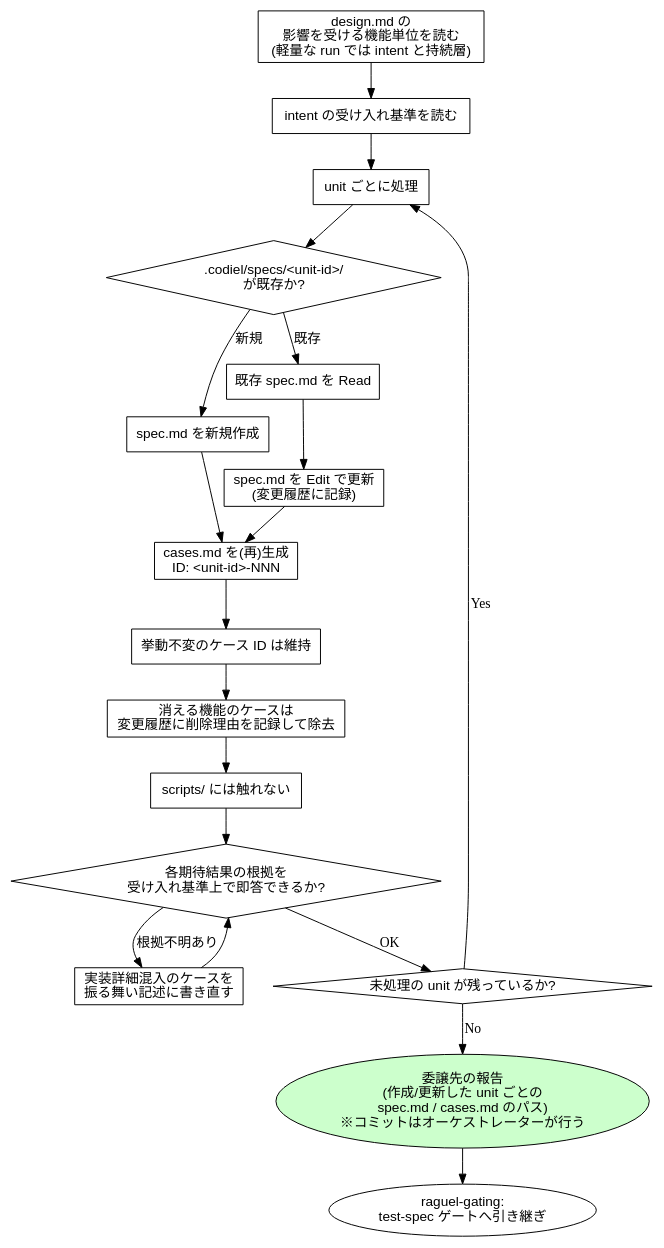
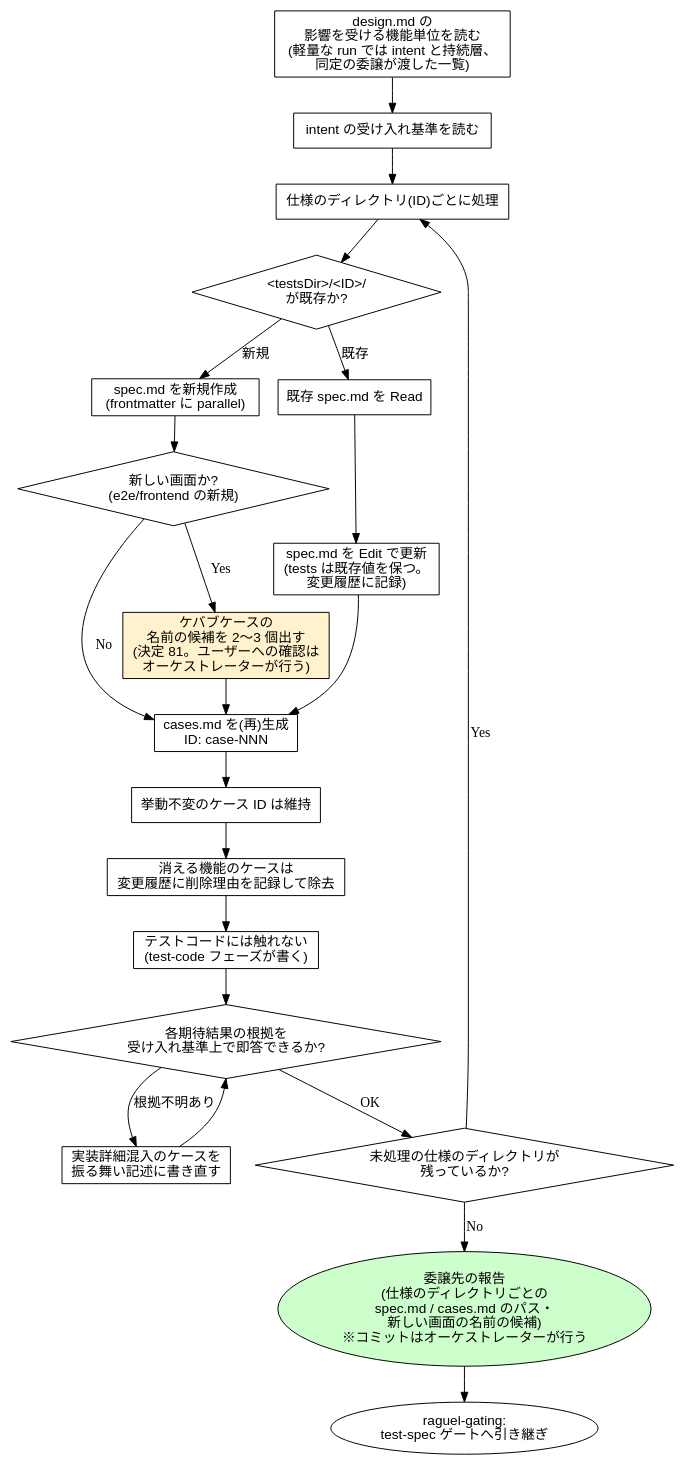
The fourth of 15 diagrams in plugins/codiel/docs/skill-flowcharts.md (Amatsuka-kobo/amatsuka-claude-plugins), drawn with Graphviz before and after one commit. The commit also changed other lines of this file and 66 other files, not shown here.

````diff
--- a/plugins/codiel/docs/skill-flowcharts.md
+++ b/plugins/codiel/docs/skill-flowcharts.md
@@ -106,37 +106,42 @@
 ```dot
 digraph writing_test_specs {
   rankdir=TB;
   node [fontname="sans-serif"];
 
-  read_design [label="design.md の\n影響を受ける機能単位を読む\n(軽量な run では intent と持続層)", shape=box];
+  read_design [label="design.md の\n影響を受ける機能単位を読む\n(軽量な run では intent と持続層、\n同定の委譲が渡した一覧)", shape=box];
   read_criteria [label="intent の受け入れ基準を読む", shape=box];
-  for_each_unit [label="unit ごとに処理", shape=box];
-  exists [label=".codiel/specs/<unit-id>/\nが既存か?", shape=diamond];
-  create_spec [label="spec.md を新規作成", shape=box];
+  for_each_unit [label="仕様のディレクトリ(ID)ごとに処理", shape=box];
+  exists [label="<testsDir>/<ID>/\nが既存か?", shape=diamond];
+  create_spec [label="spec.md を新規作成\n(frontmatter に parallel)", shape=box];
   read_spec [label="既存 spec.md を Read", shape=box];
-  update_spec [label="spec.md を Edit で更新\n(変更履歴に記録)", shape=box];
-  gen_cases [label="cases.md を(再)生成\nID: <unit-id>-NNN", shape=box];
+  update_spec [label="spec.md を Edit で更新\n(tests は既存値を保つ。\n変更履歴に記録)", shape=box];
+  gen_cases [label="cases.md を(再)生成\nID: case-NNN", shape=box];
   keep_id [label="挙動不変のケース ID は維持", shape=box];
   removed [label="消える機能のケースは\n変更履歴に削除理由を記録して除去", shape=box];
-  no_scripts [label="scripts/ には触れない", shape=box];
+  no_code [label="テストコードには触れない\n(test-code フェーズが書く)", shape=box];
+  new_screen [label="新しい画面か?\n(e2e/frontend の新規)", shape=diamond];
+  candidates [label="ケバブケースの\n名前の候補を 2〜3 個出す\n(決定 81。ユーザーへの確認は\nオーケストレーターが行う)", shape=box, style=filled, fillcolor="#fff2cc"];
   selfcheck [label="各期待結果の根拠を\n受け入れ基準上で即答できるか?", shape=diamond];
   fix [label="実装詳細混入のケースを\n振る舞い記述に書き直す", shape=box];
-  more_units [label="未処理の unit が残っているか?", shape=diamond];
-  done [label="委譲先の報告\n(作成/更新した unit ごとの\nspec.md / cases.md のパス)\n※コミットはオーケストレーターが行う", shape=ellipse, style=filled, fillcolor="#ccffcc"];
+  more_units [label="未処理の仕様のディレクトリが\n残っているか?", shape=diamond];
+  done [label="委譲先の報告\n(仕様のディレクトリごとの\nspec.md / cases.md のパス・\n新しい画面の名前の候補)\n※コミットはオーケストレーターが行う", shape=ellipse, style=filled, fillcolor="#ccffcc"];
   gate [label="raguel-gating:\ntest-spec ゲートへ引き継ぎ", shape=ellipse];
 
   read_design -> read_criteria -> for_each_unit -> exists;
   exists -> create_spec [label="新規"];
   exists -> read_spec [label="既存"];
   read_spec -> update_spec;
-  create_spec -> gen_cases;
+  create_spec -> new_screen;
+  new_screen -> candidates [label="Yes"];
+  new_screen -> gen_cases [label="No"];
+  candidates -> gen_cases;
   update_spec -> gen_cases;
-  gen_cases -> keep_id -> removed -> no_scripts -> selfcheck;
+  gen_cases -> keep_id -> removed -> no_code -> selfcheck;
   selfcheck -> fix [label="根拠不明あり"];
   fix -> selfcheck;
   selfcheck -> more_units [label="OK"];
   more_units -> for_each_unit [label="Yes"];
   more_units -> done [label="No"];
   done -> gate;
 }
 ```
````
